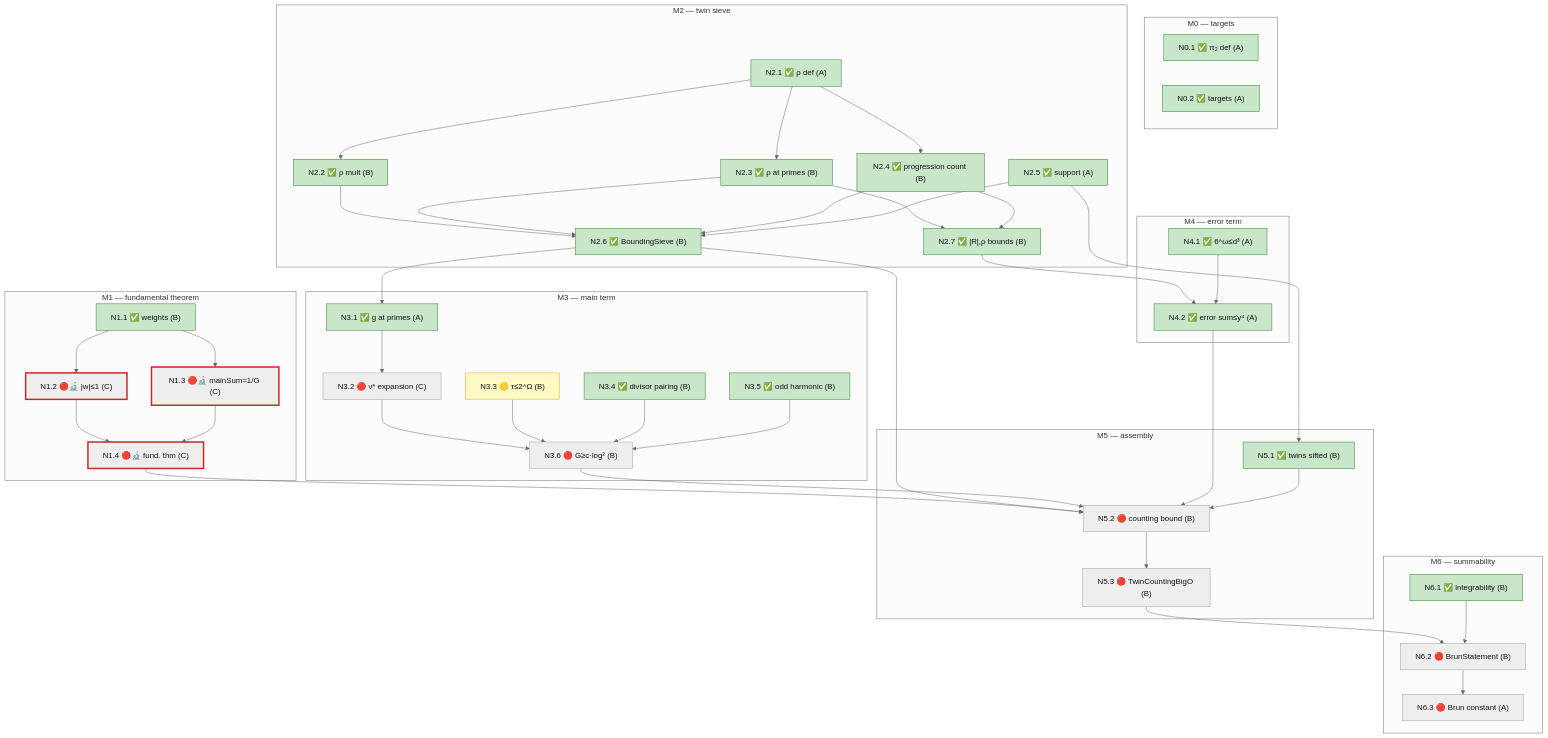
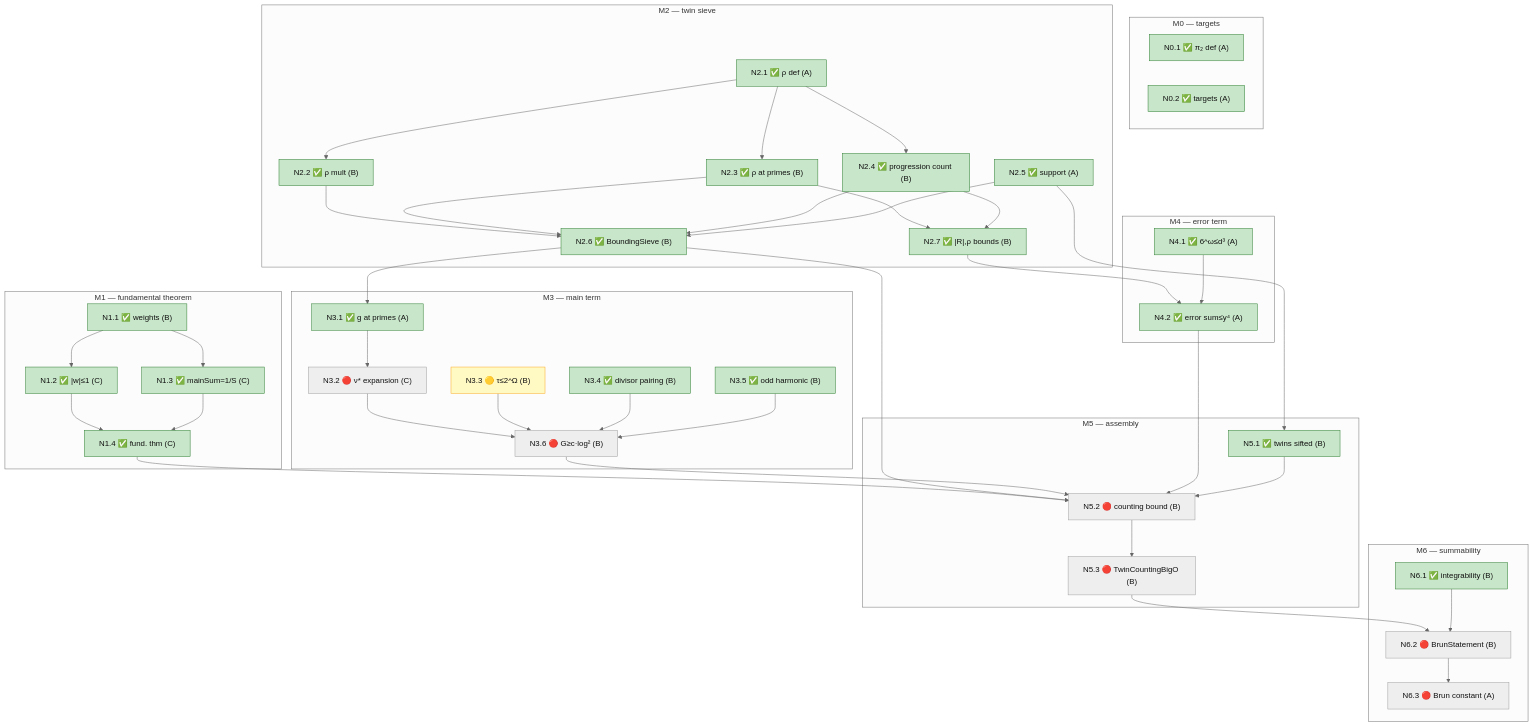
One commit to jyh/salt changed the second of 2 diagrams in docs/blueprints/brun-guide.md. Above: the diagram before and after it, drawn with Mermaid (neutral theme). The commit also changed other lines of this file and 2 other files, not shown here.

````diff
--- a/docs/blueprints/brun-guide.md
+++ b/docs/blueprints/brun-guide.md
@@ -240,81 +240,81 @@
 ```mermaid
 flowchart TB
   classDef done fill:#c8e6c9,stroke:#2e7d32,color:#111
   classDef partial fill:#fff9c4,stroke:#f9a825,color:#111
   classDef open fill:#eeeeee,stroke:#9e9e9e,color:#111
   classDef keystone fill:#eeeeee,stroke:#c62828,stroke-width:3px,color:#111
 
   subgraph SM0["M0 — targets"]
     N0_1["N0.1 ✅ π₂ def (A)"]:::done
     N0_2["N0.2 ✅ targets (A)"]:::done
   end
   subgraph SM1["M1 — fundamental theorem"]
     N1_1["N1.1 ✅ weights (B)"]:::done
-    N1_2["N1.2 🔴🔬 |w|≤1 (C)"]:::keystone
-    N1_3["N1.3 🔴🔬 mainSum=1/G (C)"]:::keystone
-    N1_4["N1.4 🔴🔬 fund. thm (C)"]:::keystone
+    N1_2["N1.2 ✅ |w|≤1 (C)"]:::done
+    N1_3["N1.3 ✅ mainSum=1/S (C)"]:::done
+    N1_4["N1.4 ✅ fund. thm (C)"]:::done
   end
   subgraph SM2["M2 — twin sieve"]
     N2_1["N2.1 ✅ ρ def (A)"]:::done
     N2_2["N2.2 ✅ ρ mult (B)"]:::done
     N2_3["N2.3 ✅ ρ at primes (B)"]:::done
     N2_4["N2.4 ✅ progression count (B)"]:::done
     N2_5["N2.5 ✅ support (A)"]:::done
     N2_6["N2.6 ✅ BoundingSieve (B)"]:::done
     N2_7["N2.7 ✅ |R|,ρ bounds (B)"]:::done
   end
   subgraph SM3["M3 — main term"]
     N3_1["N3.1 ✅ g at primes (A)"]:::done
     N3_2["N3.2 🔴 ν* expansion (C)"]:::open
     N3_3["N3.3 🟡 τ≤2^Ω (B)"]:::partial
     N3_4["N3.4 ✅ divisor pairing (B)"]:::done
     N3_5["N3.5 ✅ odd harmonic (B)"]:::done
     N3_6["N3.6 🔴 G≥c·log² (B)"]:::open
   end
   subgraph SM4["M4 — error term"]
     N4_1["N4.1 ✅ 6^ω≤d³ (A)"]:::done
     N4_2["N4.2 ✅ error sum≤y⁴ (A)"]:::done
   end
   subgraph SM5["M5 — assembly"]
     N5_1["N5.1 ✅ twins sifted (B)"]:::done
     N5_2["N5.2 🔴 counting bound (B)"]:::open
     N5_3["N5.3 🔴 TwinCountingBigO (B)"]:::open
   end
   subgraph SM6["M6 — summability"]
     N6_1["N6.1 ✅ integrability (B)"]:::done
     N6_2["N6.2 🔴 BrunStatement (B)"]:::open
     N6_3["N6.3 🔴 Brun constant (A)"]:::open
   end
 
   N1_1 --> N1_2
   N1_1 --> N1_3
   N1_2 --> N1_4
   N1_3 --> N1_4
   N2_1 --> N2_2
   N2_1 --> N2_3
   N2_1 --> N2_4
   N2_2 --> N2_6
   N2_3 --> N2_6
   N2_4 --> N2_6
   N2_5 --> N2_6
   N2_3 --> N2_7
   N2_4 --> N2_7
   N2_6 --> N3_1
   N3_1 --> N3_2
   N3_2 --> N3_6
   N3_3 --> N3_6
   N3_4 --> N3_6
   N3_5 --> N3_6
   N2_7 --> N4_2
   N4_1 --> N4_2
   N2_5 --> N5_1
   N1_4 --> N5_2
   N2_6 --> N5_2
   N3_6 --> N5_2
   N4_2 --> N5_2
   N5_1 --> N5_2
   N5_2 --> N5_3
   N5_3 --> N6_2
   N6_1 --> N6_2
   N6_2 --> N6_3
 ```
````
